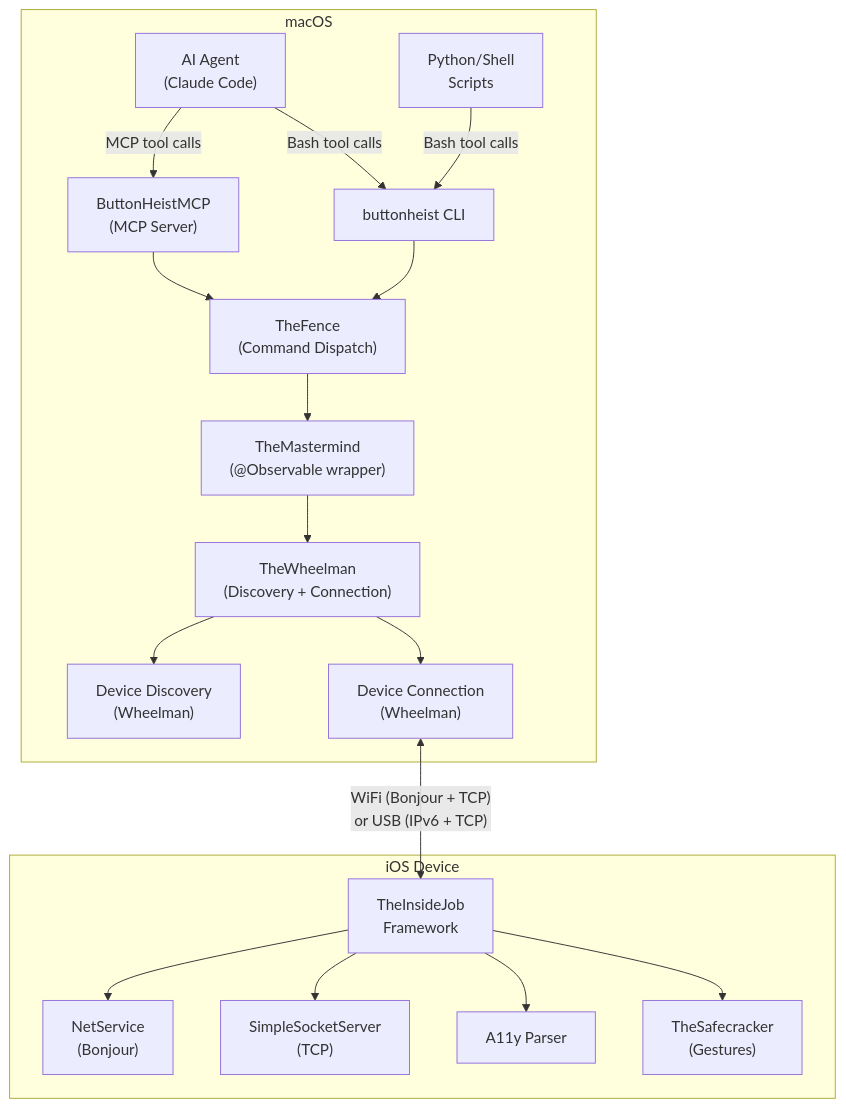
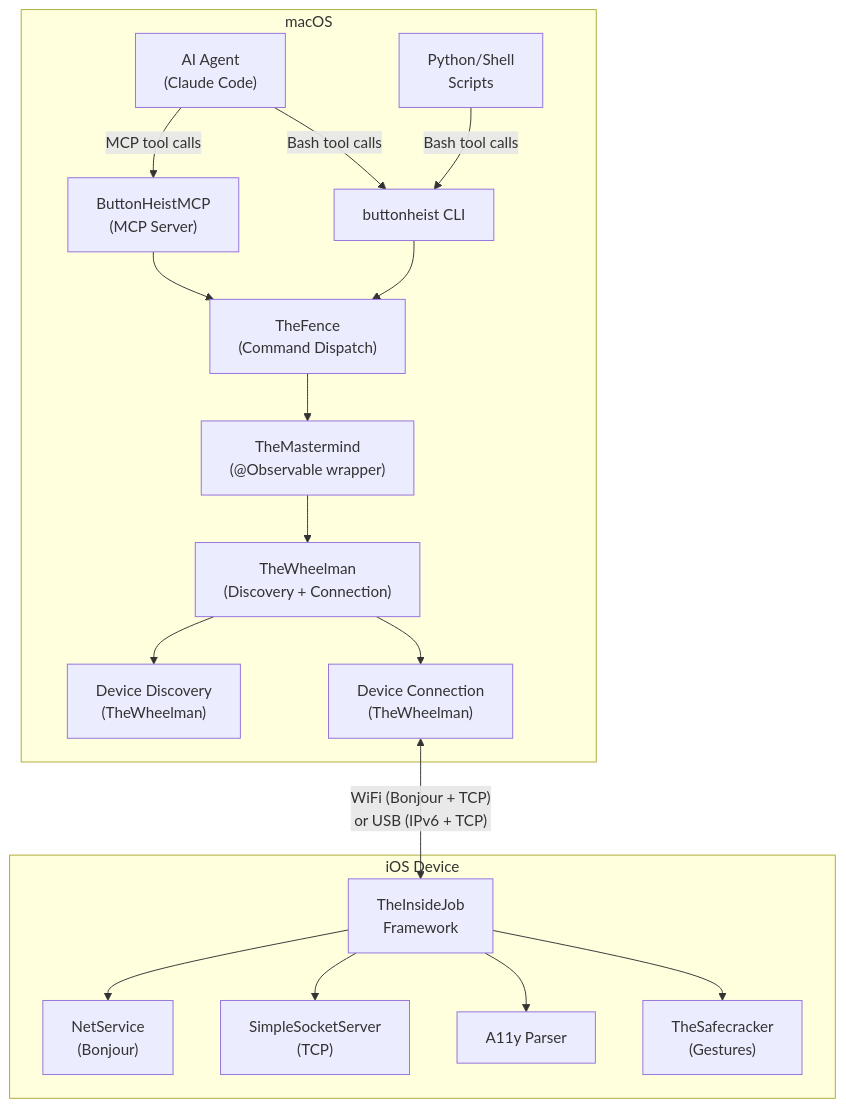
Before and after one commit to RoyalPineapple/TheButtonHeist: the first of 8 diagrams in docs/ARCHITECTURE.md, drawn with Mermaid. The commit also changed other lines of this file and 23 other files, not shown here.

````diff
--- a/docs/ARCHITECTURE.md
+++ b/docs/ARCHITECTURE.md
@@ -17,23 +17,23 @@
 ```mermaid
 graph TB
     subgraph mac["macOS"]
         Agent["AI Agent<br>(Claude Code)"] -->|MCP tool calls| MCP["ButtonHeistMCP<br>(MCP Server)"]
         Agent -->|Bash tool calls| CLI["buttonheist CLI"]
         Scripts["Python/Shell<br>Scripts"] -->|Bash tool calls| CLI
         MCP --> TF["TheFence<br>(Command Dispatch)"]
         CLI --> TF
         TF --> TM["TheMastermind<br>(@Observable wrapper)"]
         TM --> TW["TheWheelman<br>(Discovery + Connection)"]
-        TW --> DD["Device Discovery<br>(Wheelman)"]
-        TW --> DC["Device Connection<br>(Wheelman)"]
+        TW --> DD["Device Discovery<br>(TheWheelman)"]
+        TW --> DC["Device Connection<br>(TheWheelman)"]
     end
 
     DC <-->|"WiFi (Bonjour + TCP)<br>or USB (IPv6 + TCP)"| IJ
 
     subgraph ios["iOS Device"]
         IJ["TheInsideJob<br>Framework"] --> NS["NetService<br>(Bonjour)"]
         IJ --> SS["SimpleSocketServer<br>(TCP)"]
         IJ --> A11y["A11y Parser"]
         IJ --> TSC["TheSafecracker<br>(Gestures)"]
     end
 ```
````
